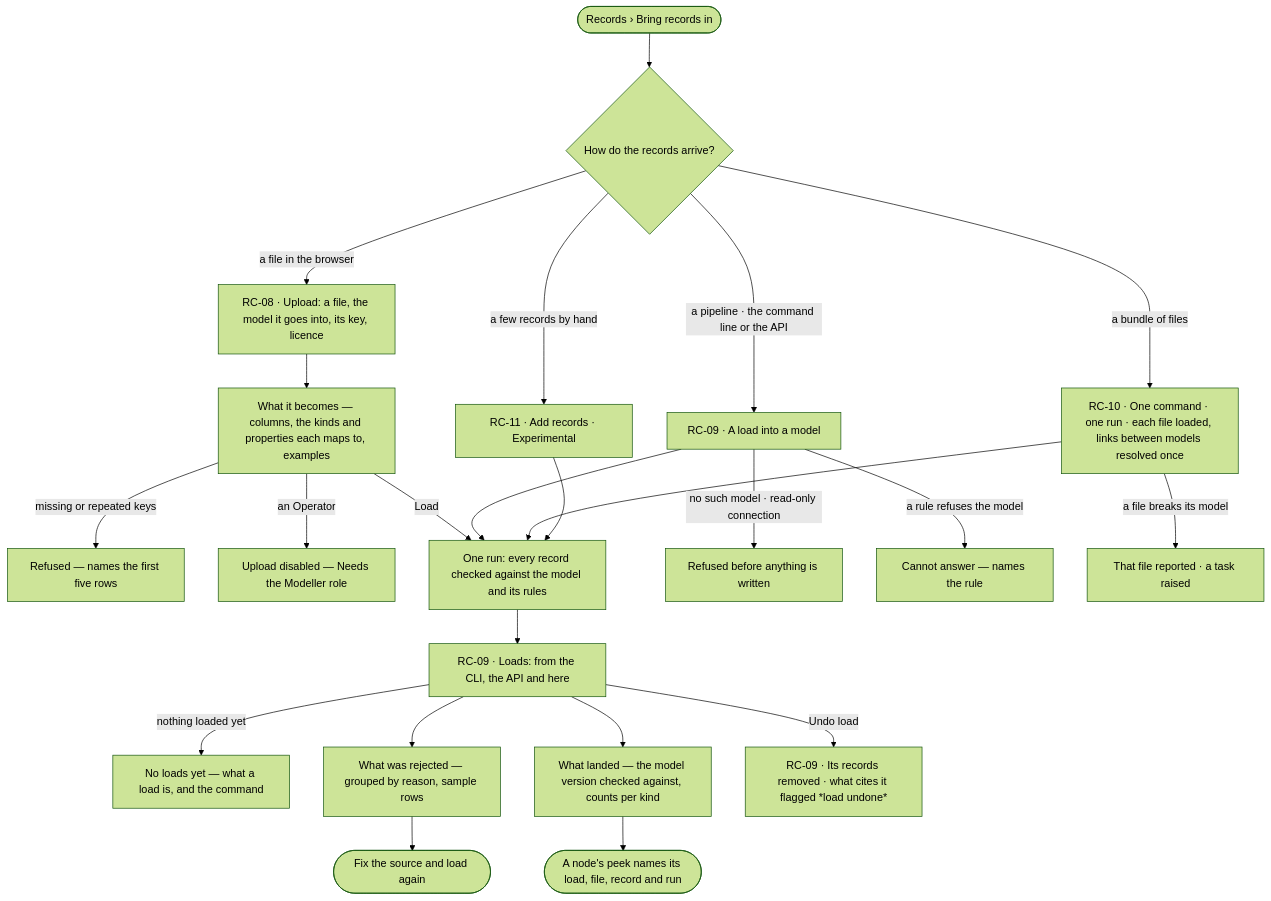
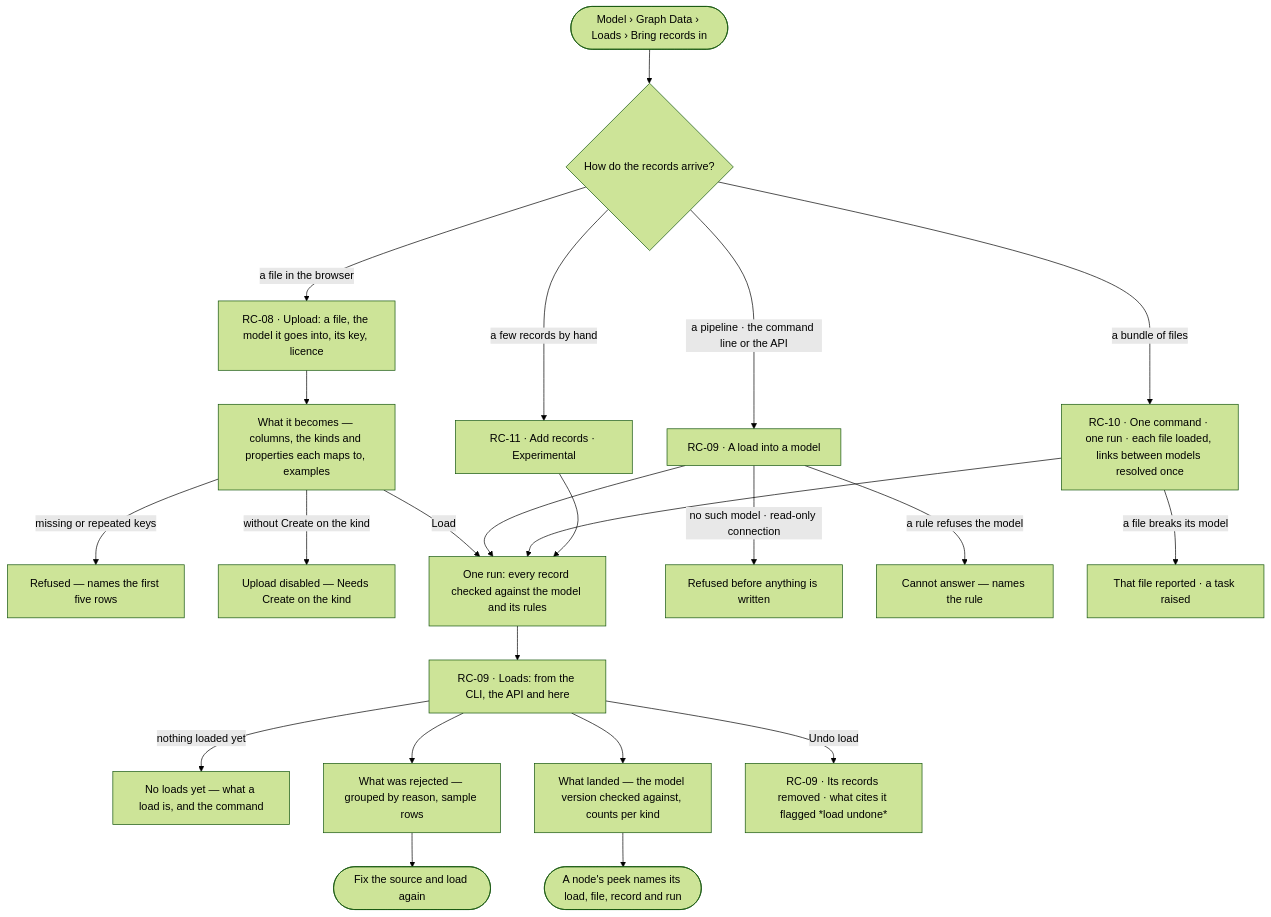
Before and after one commit to invana/invana: the diagram in specs/capabilities/records/features/RC-F02-bring-records-in/feature.md, drawn with Mermaid (forest theme). The commit also changed other lines of this file and 456 other files, not shown here.

````diff
--- a/specs/capabilities/records/features/RC-F02-bring-records-in/feature.md
+++ b/specs/capabilities/records/features/RC-F02-bring-records-in/feature.md
@@ -25,25 +25,25 @@
 ```mermaid
 flowchart TD
-  start([Records › Bring records in]) --> how{How do the records arrive?}
+  start([Model › Graph Data › Loads › Bring records in]) --> how{How do the records arrive?}
   how -->|a file in the browser| up["RC-08 · Upload: a file, the model it goes into, its key, licence"]
   up --> prev["What it becomes — columns, the kinds and properties each maps to, examples"]
   prev -->|missing or repeated keys| upx["Refused — names the first five rows"]
-  prev -->|an Operator| una["Upload disabled — Needs the Modeller role"]
+  prev -->|without Create on the kind| una["Upload disabled — Needs Create on the kind"]
   prev -->|Load| run
   how -->|a pipeline · the command line or the API| cli["RC-09 · A load into a model"]
   cli -->|no such model · read-only connection| clx["Refused before anything is written"]
   cli -->|a rule refuses the model| clr["Cannot answer — names the rule"]
   cli --> run["One run: every record checked against the model and its rules"]
   how -->|a bundle of files| bun["RC-10 · One command · one run · each file loaded, links between models resolved once"]
   bun -->|a file breaks its model| tk["That file reported · a task raised"]
   bun --> run
   how -->|a few records by hand| obs["RC-11 · Add records · Experimental"]
   obs --> run
   run --> imp["RC-09 · Loads: from the CLI, the API and here"]
   imp -->|nothing loaded yet| imp0["No loads yet — what a load is, and the command"]
   imp --> rej["What was rejected — grouped by reason, sample rows"]
   rej --> fix([Fix the source and load again])
   imp --> landed["What landed — the model version checked against, counts per kind"]
   landed --> node(["A node's peek names its load, file, record and run"])
   imp -->|Undo load| und["RC-09 · Its records removed · what cites it flagged *load undone*"]
 ```
````
